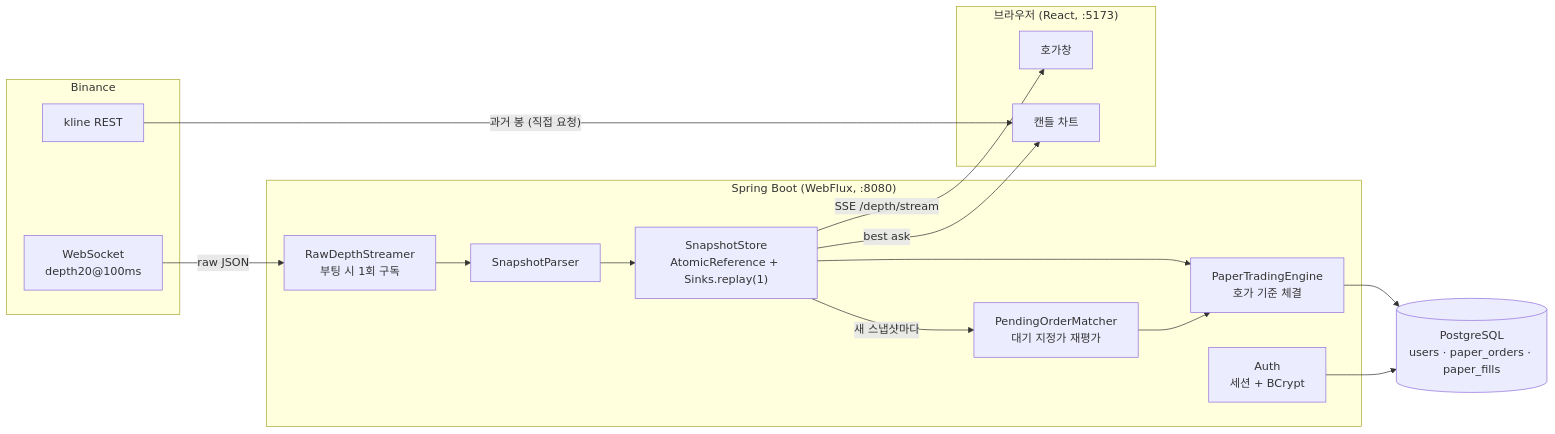
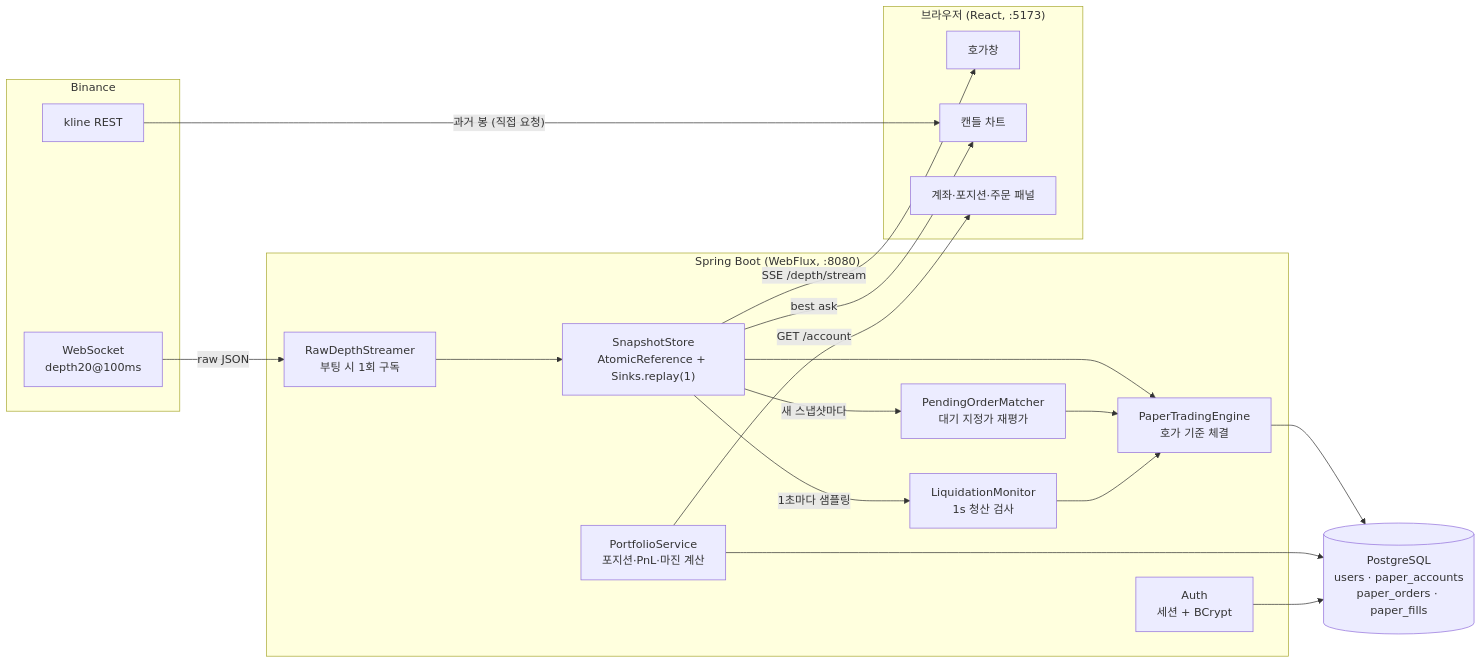
One commit to lee-gimoon/futures-paper-trading changed the diagram in README.md. Above: the diagram before and after it, drawn with Mermaid. The commit also changed other lines of this file and 1 other file, not shown here.

````diff
--- a/README.md
+++ b/README.md
@@ -29,32 +37,37 @@
 ```mermaid
 flowchart LR
     subgraph Binance
         BWS["WebSocket<br/>depth20@100ms"]
         BREST["kline REST"]
     end
 
     subgraph Backend["Spring Boot (WebFlux, :8080)"]
         ST["RawDepthStreamer<br/>부팅 시 1회 구독"]
-        PA["SnapshotParser"]
         STORE["SnapshotStore<br/>AtomicReference + Sinks.replay(1)"]
         ENG["PaperTradingEngine<br/>호가 기준 체결"]
         MATCH["PendingOrderMatcher<br/>대기 지정가 재평가"]
+        LIQ["LiquidationMonitor<br/>1s 청산 검사"]
+        PORT["PortfolioService<br/>포지션·PnL·마진 계산"]
         AUTH["Auth<br/>세션 + BCrypt"]
     end
 
     subgraph Browser["브라우저 (React, :5173)"]
         OB["호가창"]
         CH["캔들 차트"]
+        ACC["계좌·포지션·주문 패널"]
     end
 
-    DB[("PostgreSQL<br/>users · paper_orders · paper_fills")]
+    DB[("PostgreSQL<br/>users · paper_accounts<br/>paper_orders · paper_fills")]
 
-    BWS -->|raw JSON| ST --> PA --> STORE
+    BWS -->|raw JSON| ST --> STORE
     STORE -->|"SSE /depth/stream"| OB
     STORE -->|best ask| CH
     BREST -->|"과거 봉 (직접 요청)"| CH
     STORE --> ENG
     STORE -->|새 스냅샷마다| MATCH --> ENG
+    STORE -->|1초마다 샘플링| LIQ --> ENG
     ENG --> DB
+    PORT --> DB
+    PORT -->|"GET /account"| ACC
     AUTH --> DB
 ```
````
